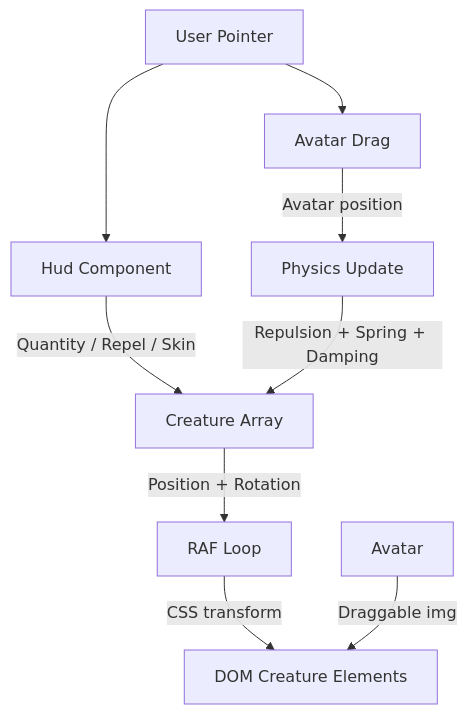
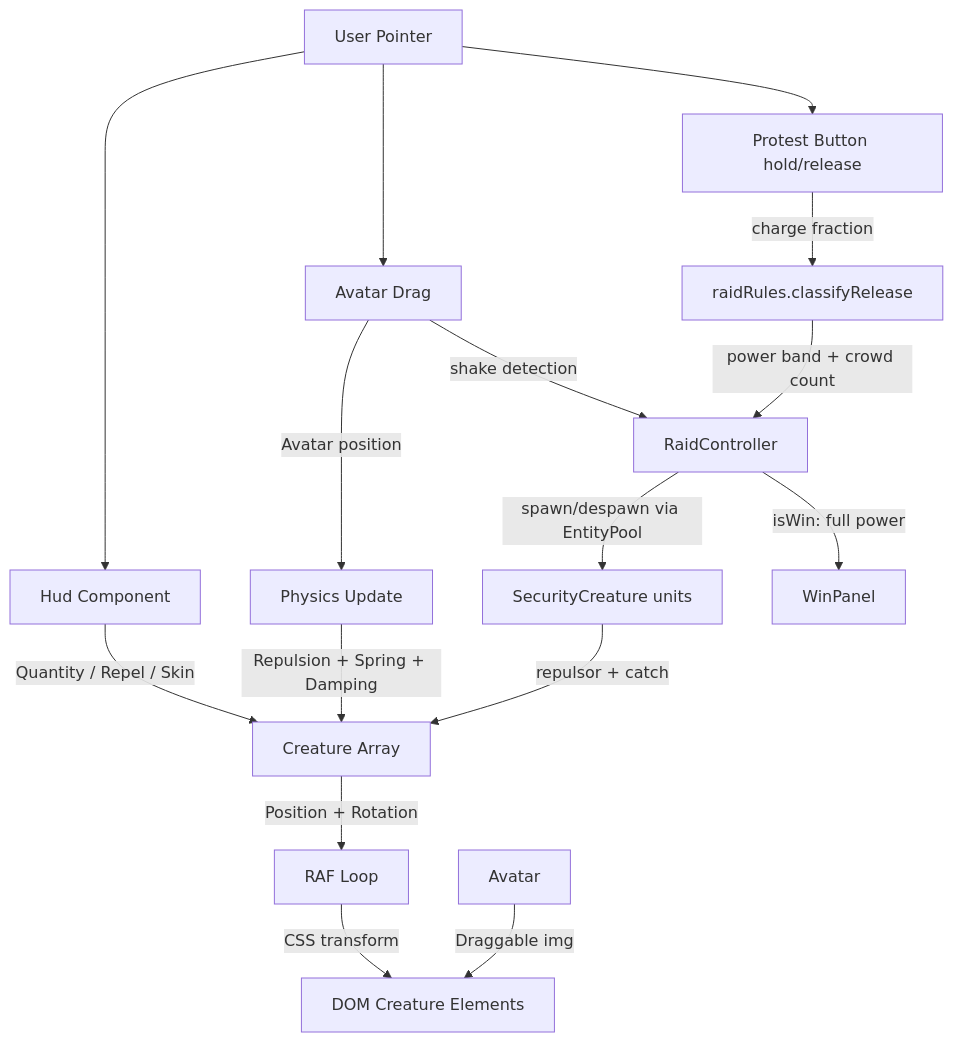
The diagram in docs/superpowers/system-architecture.md (abhisxn/fun-satire), drawn with Mermaid before and after one commit. The commit also changed other lines of this file and 23 other files, not shown here.

First line of the commit message:
docs: capture security-raid/protest architecture in ADRs, archive shipped specs/plans

````diff
--- a/docs/superpowers/system-architecture.md
+++ b/docs/superpowers/system-architecture.md
@@ -101,14 +125,22 @@
 ```mermaid
 graph TD
   User[User Pointer] --> Drag[Avatar Drag]
   User --> HUD[Hud Component]
+  User --> Protest[Protest Button hold/release]
 
   Drag -->|Avatar position| Physics[Physics Update]
+  Drag -->|shake detection| RaidController
   HUD -->|Quantity / Repel / Skin| CreatureArray[Creature Array]
 
   Physics -->|Repulsion + Spring + Damping| CreatureArray
   CreatureArray -->|Position + Rotation| RAF[RAF Loop]
   RAF -->|CSS transform| DOM[DOM Creature Elements]
 
   Avatar -->|Draggable img| DOM
+
+  RaidController -->|spawn/despawn via EntityPool| SecurityUnits[SecurityCreature units]
+  SecurityUnits -->|repulsor + catch| CreatureArray
+  Protest -->|charge fraction| RaidRules[raidRules.classifyRelease]
+  RaidRules -->|power band + crowd count| RaidController
+  RaidController -->|isWin: full power| WinPanel[WinPanel]
 ```
````
